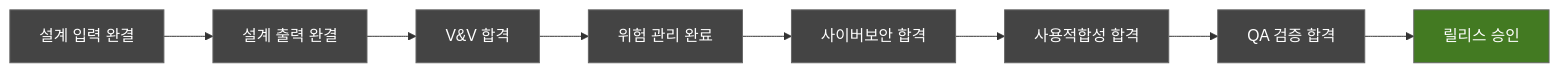
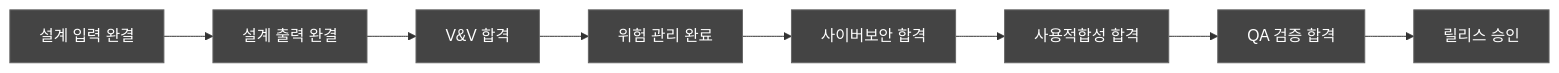
Before and after one commit to holee9/console-gui: the diagram in docs/testing/DOC-031_QAVerification_v1.0.md, drawn with Mermaid. The commit also changed 35 other files, not shown here.

First line of the commit message:
fix: 전체 Mermaid 차트 색상 진한 회색 통일

````diff
--- a/docs/testing/DOC-031_QAVerification_v1.0.md
+++ b/docs/testing/DOC-031_QAVerification_v1.0.md
@@ -121,13 +121,13 @@
 ```mermaid
 flowchart LR
     classDef default fill:#444,stroke:#666,color:#fff
     A[설계 입력 완결] --> B[설계 출력 완결]
     B --> C[V&V 합격]
     C --> D[위험 관리 완료]
     D --> E[사이버보안 합격]
     E --> F[사용적합성 합격]
     F --> G[QA 검증 합격]
     G --> H[릴리스 승인]
     
-    style H fill:#437A22,color:#fff
+    style H fill:#444,color:#fff
 ```
````
